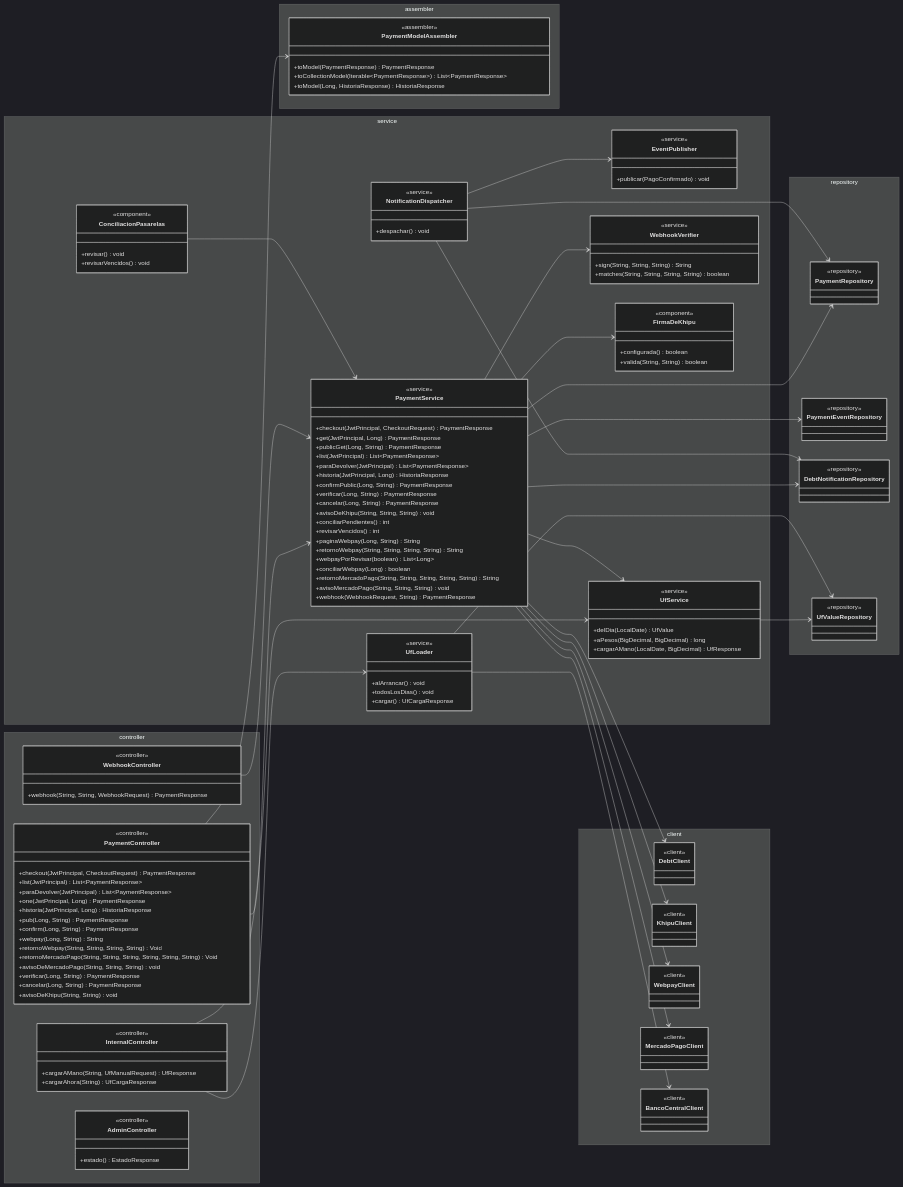
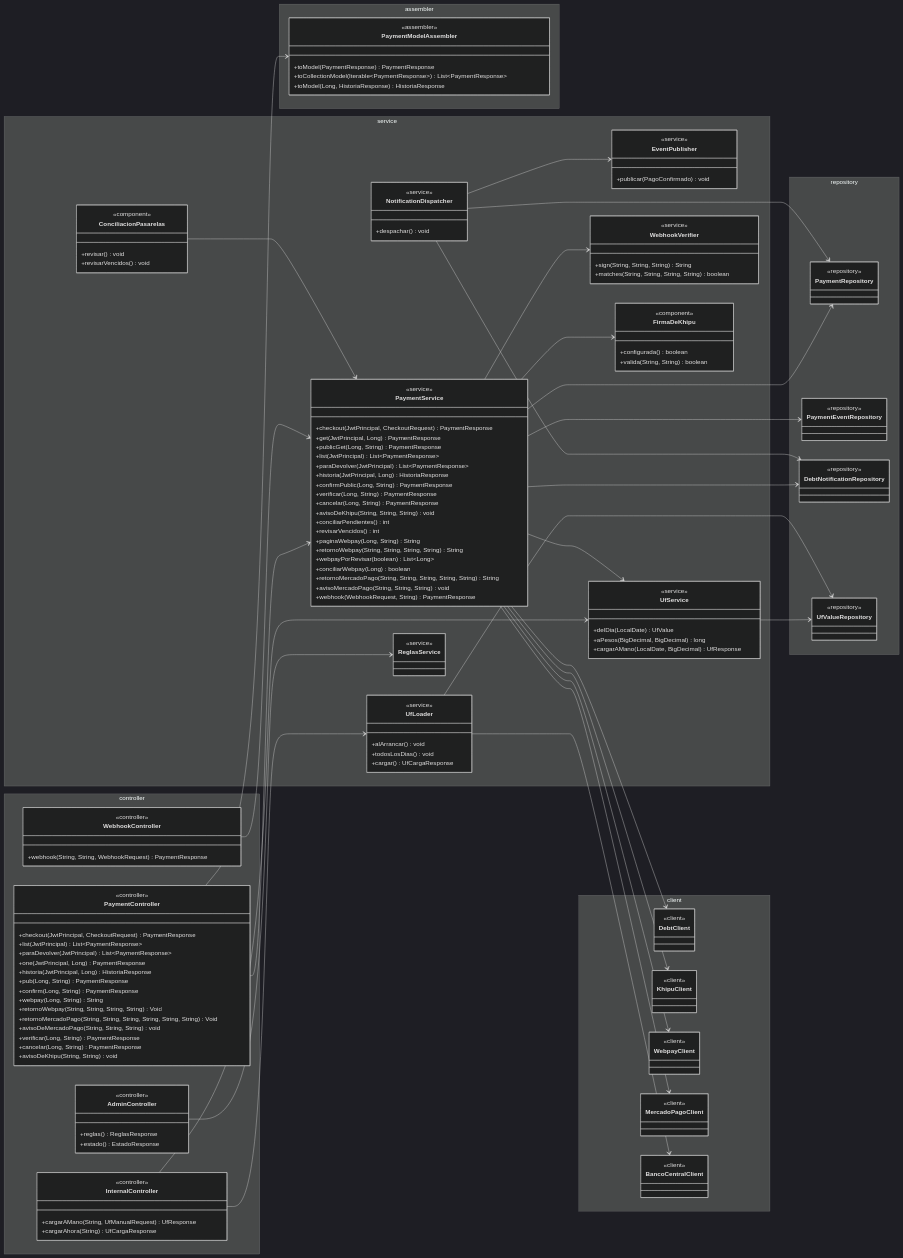
One commit to TechnicalBridge/DataBridge changed diagram 13 of 17 in docs/diagramas/clases.md. Above: the diagram before and after it, drawn with Mermaid (dark theme). The commit also changed other lines of this file and 29 other files, not shown here.

```diff
--- a/docs/diagramas/clases.md
+++ b/docs/diagramas/clases.md
@@ -2346,6 +2385,7 @@
         }
         class AdminController {
             <<controller>>
+            +reglas() ReglasResponse
             +estado() EstadoResponse
         }
     }
@@ -2415,6 +2455,9 @@
             +configurada() boolean
             +valida(String, String) boolean
         }
+        class ReglasService {
+            <<service>>
+        }
     }
     namespace repository {
         class PaymentRepository {
@@ -2452,6 +2495,7 @@
     WebhookController --> PaymentService
     InternalController --> UfService
     InternalController --> UfLoader
+    AdminController --> ReglasService
     PaymentService --> PaymentRepository
     PaymentService --> PaymentEventRepository
     PaymentService --> DebtNotificationRepository
```
